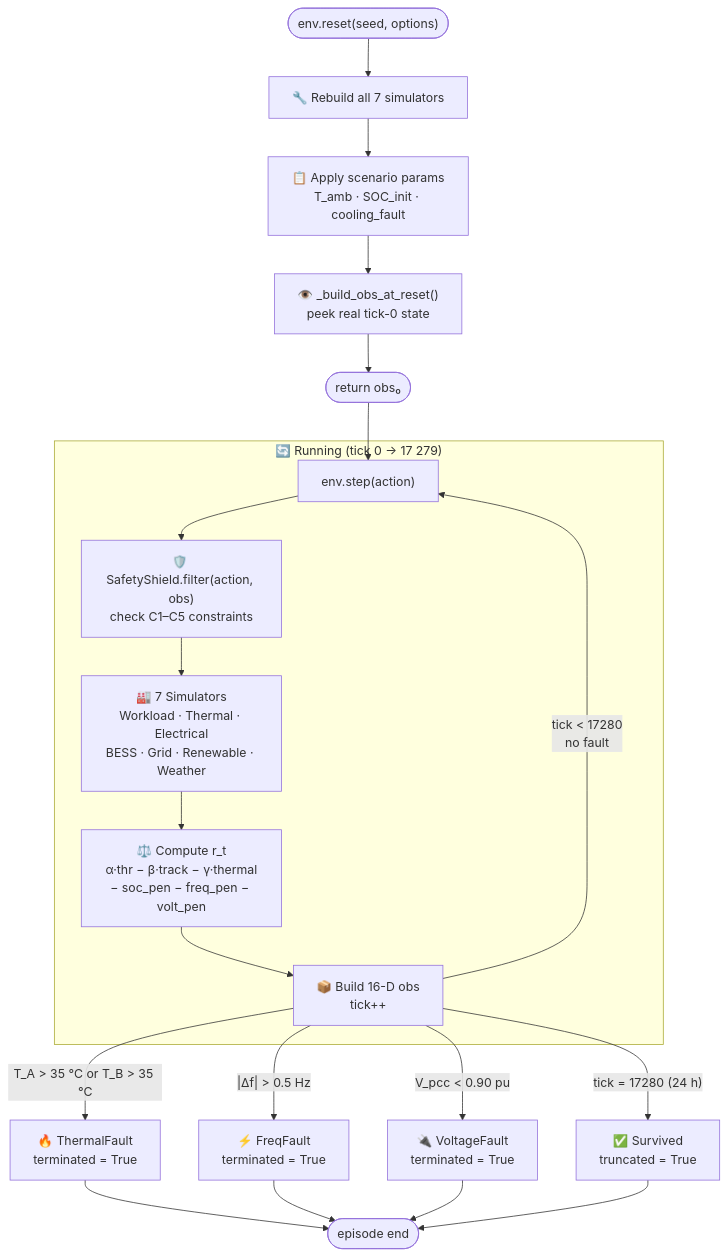
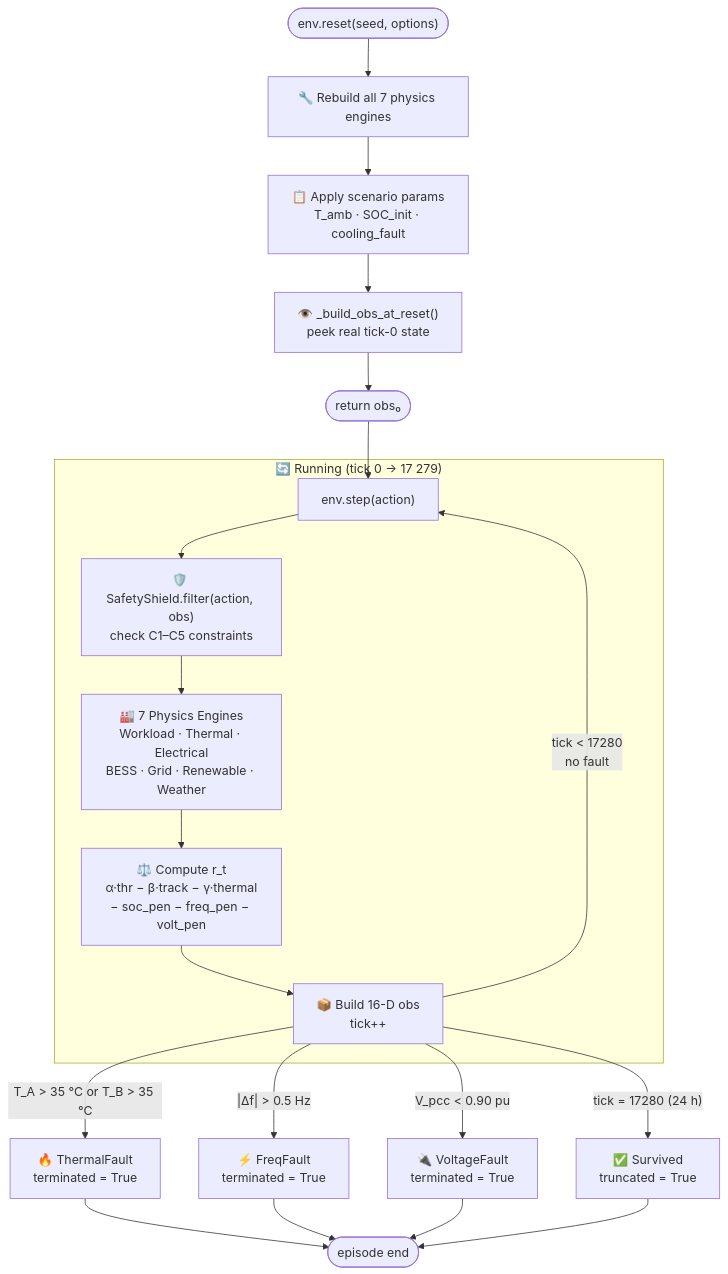
The ninth of 9 diagrams in README.md (HewlettPackard/c2g-bench), drawn with Mermaid before and after one commit. The commit also changed other lines of this file and 37 other files, not shown here.

First line of the commit message:
refactor: rename simulators/ → physics/ to clarify 2-env vs 7-engine structure

````diff
--- a/README.md
+++ b/README.md
@@ -455,42 +455,42 @@
 ```mermaid
 flowchart TD
     START(["env.reset(seed, options)"])
 
-    START --> R1["🔧 Rebuild all 7 simulators"]
+    START --> R1["🔧 Rebuild all 7 physics engines"]
     R1 --> R2["📋 Apply scenario params
 T_amb · SOC_init · cooling_fault"]
     R2 --> R3["👁️ _build_obs_at_reset()
 peek real tick-0 state"]
     R3 --> OBS0(["return obs₀"])
 
     OBS0 --> STEP
 
     subgraph LOOP["🔄 Running  (tick 0 → 17 279)"]
         STEP["env.step(action)"]
         SHIELD["🛡️ SafetyShield.filter(action, obs)
 check C1–C5 constraints"]
-        SIMS["🏭 7 Simulators
+        SIMS["🏭 7 Physics Engines
 Workload · Thermal · Electrical
 BESS · Grid · Renewable · Weather"]
         REW["⚖️ Compute r_t
 α·thr − β·track − γ·thermal
 − soc_pen − freq_pen − volt_pen"]
         OB["📦 Build 16-D obs
 tick++"]
 
         STEP --> SHIELD --> SIMS --> REW --> OB
         OB -->|"tick < 17280
 no fault"| STEP
     end
 
     OB -->|"T_A > 35 °C or T_B > 35 °C"| TF["🔥 ThermalFault
 terminated = True"]
     OB -->|"|Δf| > 0.5 Hz"| FF["⚡ FreqFault
 terminated = True"]
     OB -->|"V_pcc < 0.90 pu"| VF["🔌 VoltageFault
 terminated = True"]
     OB -->|"tick = 17280 (24 h)"| SV["✅ Survived
 truncated = True"]
 
     TF & FF & VF & SV --> DONE(["episode end"])
 ```
````
